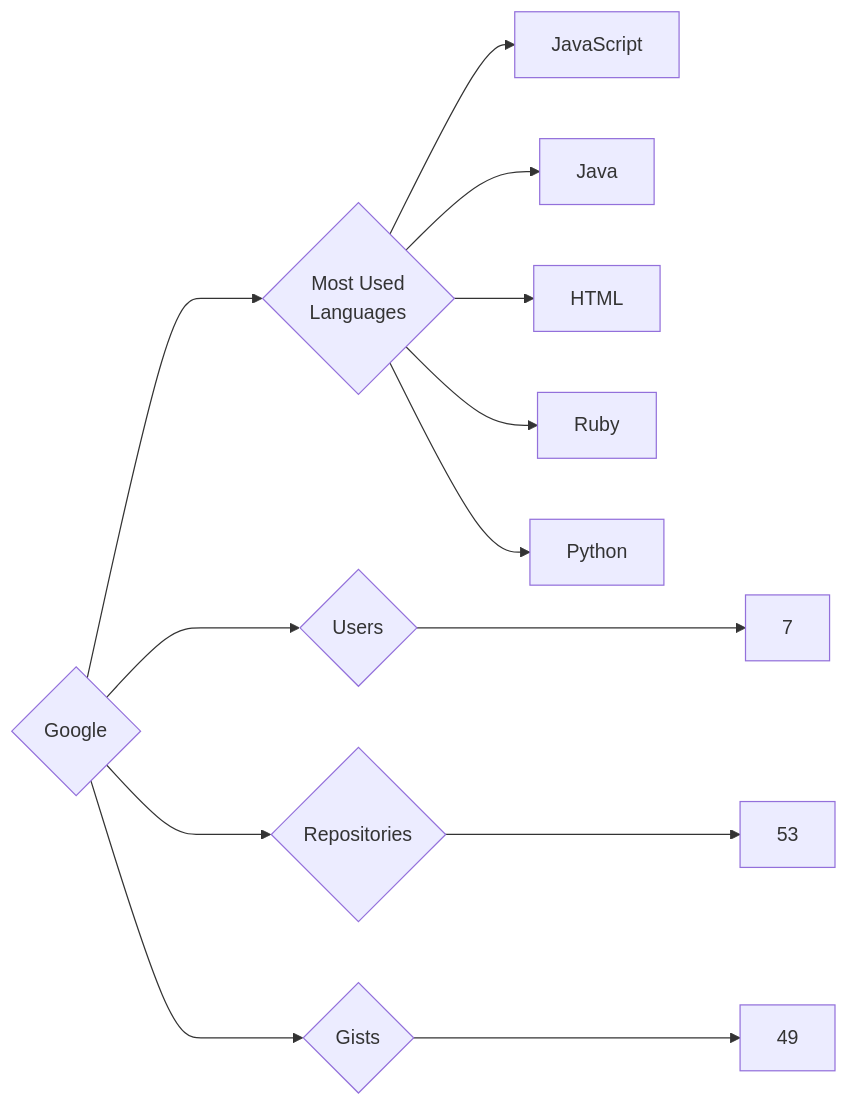
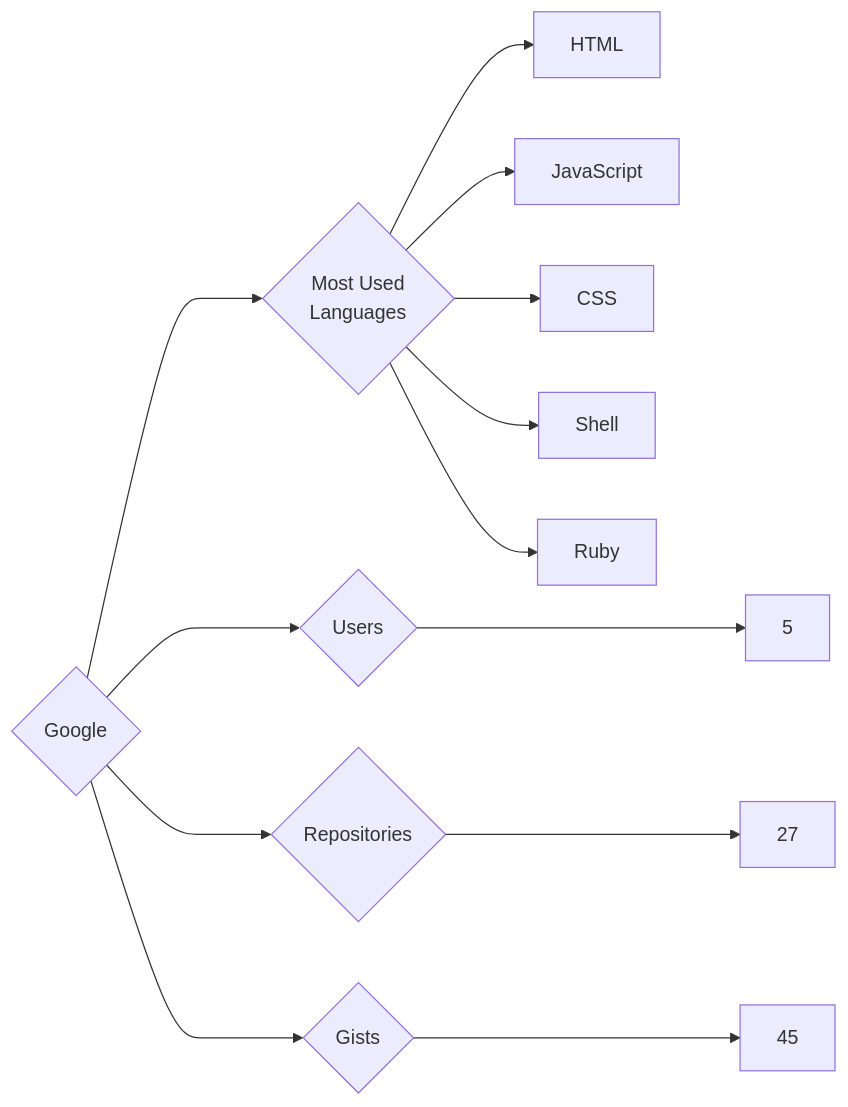
One commit to trickest/insiders changed the diagram in targets/Google/README.md. Above: the diagram before and after it, drawn with Mermaid. The commit also changed 1120 other files, not shown here.

````diff
--- a/targets/Google/README.md
+++ b/targets/Google/README.md
@@ -3,13 +3,13 @@
 ```mermaid
 graph LR
 COMPANY_NAME{Google}
-COMPANY_NAME ---> U{Users} ---> UN[7]
-COMPANY_NAME ---> R{Repositories} ---> RN[53]
-COMPANY_NAME ---> G{Gists} ---> GN[49]
+COMPANY_NAME ---> U{Users} ---> UN[5]
+COMPANY_NAME ---> R{Repositories} ---> RN[27]
+COMPANY_NAME ---> G{Gists} ---> GN[45]
 COMPANY_NAME ---> ML{Most Used<br>Languages}
+ML --> HTML[HTML]
 ML --> JavaScript[JavaScript]
-ML --> Java[Java]
-ML --> HTML[HTML]
+ML --> CSS[CSS]
+ML --> Shell[Shell]
 ML --> Ruby[Ruby]
-ML --> Python[Python]
 ```
````
